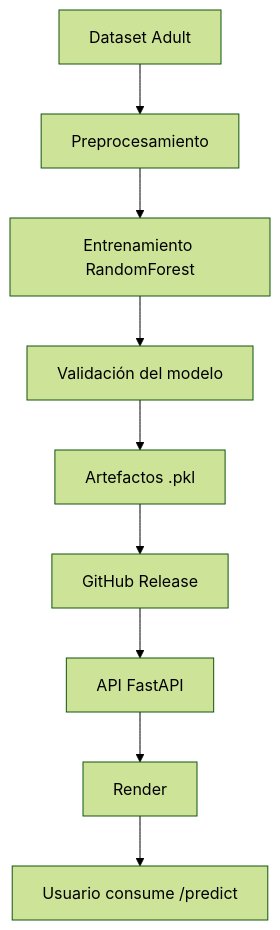
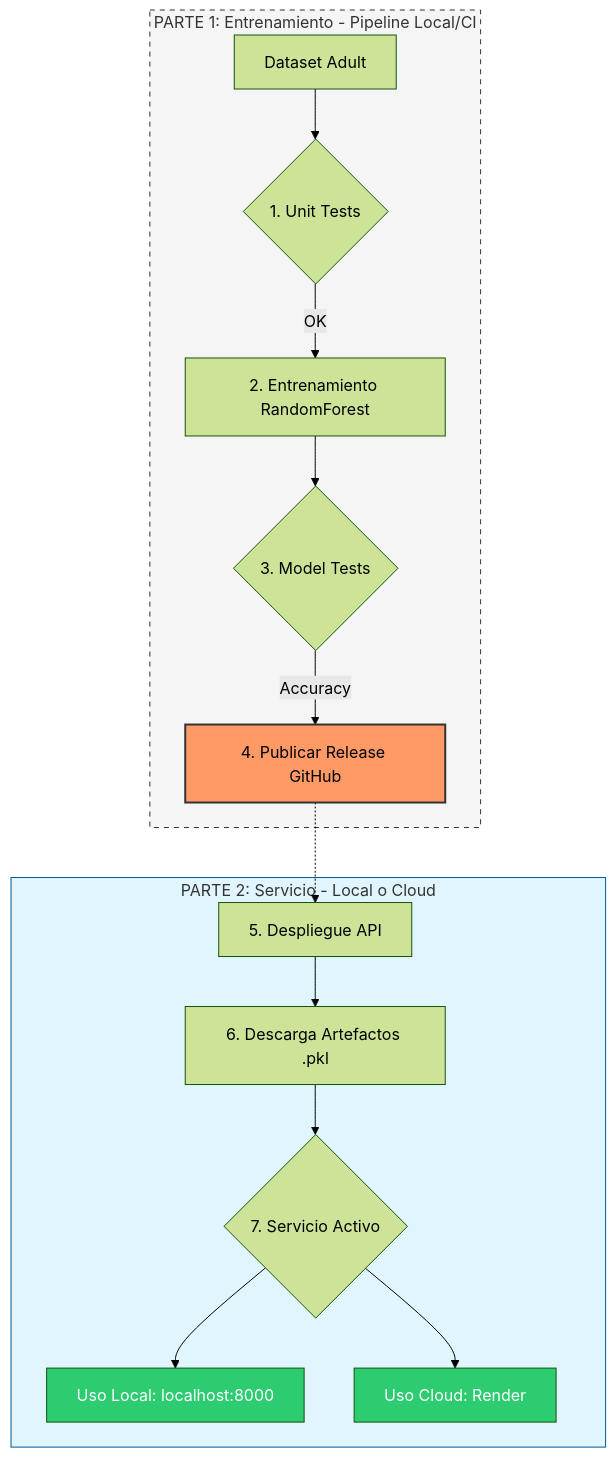
One commit to Iber1to/pontia-mlops-evaluacion-grupo3 changed the diagram in README.md. Above: the diagram before and after it, drawn with Mermaid (forest theme). The commit also changed other lines of this file and 2 other files, not shown here.

Commit message:
Refactor code structure for improved readability and maintainability

````diff
--- a/README.md
+++ b/README.md
@@ -163,11 +168,24 @@
 ```mermaid
 graph TD
-    A[Dataset Adult] --> B[Preprocesamiento]
-    B --> C[Entrenamiento RandomForest]
-    C --> D[Validación del modelo]
-    D --> E[Artefactos .pkl]
-    E --> F[GitHub Release]
-    F --> G[API FastAPI]
-    G --> H[Render]
-    H --> I[Usuario consume /predict]
+    subgraph Parte1 [PARTE 1: Entrenamiento - Pipeline Local/CI]
+        A[Dataset Adult] --> B{1. Unit Tests}
+        B -- OK --> C[2. Entrenamiento RandomForest]
+        C --> D{3. Model Tests}
+        D -- Accuracy --> E[4. Publicar Release GitHub]
+    end
+
+    subgraph Parte2 [PARTE 2: Servicio - Local o Cloud]
+        E -.-> F[5. Despliegue API]
+        F --> G[6. Descarga Artefactos .pkl]
+        G --> H{7. Servicio Activo}
+        H --> I[Uso Local: localhost:8000]
+        H --> J[Uso Cloud: Render]
+    end
+
+    %% Estilos
+    style E fill:#f96,stroke:#333,stroke-width:2px
+    style Parte1 fill:#f5f5f5,stroke:#333,stroke-dasharray: 5 5
+    style Parte2 fill:#e1f5fe,stroke:#01579b
+    style I fill:#2ecc71,color:#fff
+    style J fill:#2ecc71,color:#fff
 ```
````
